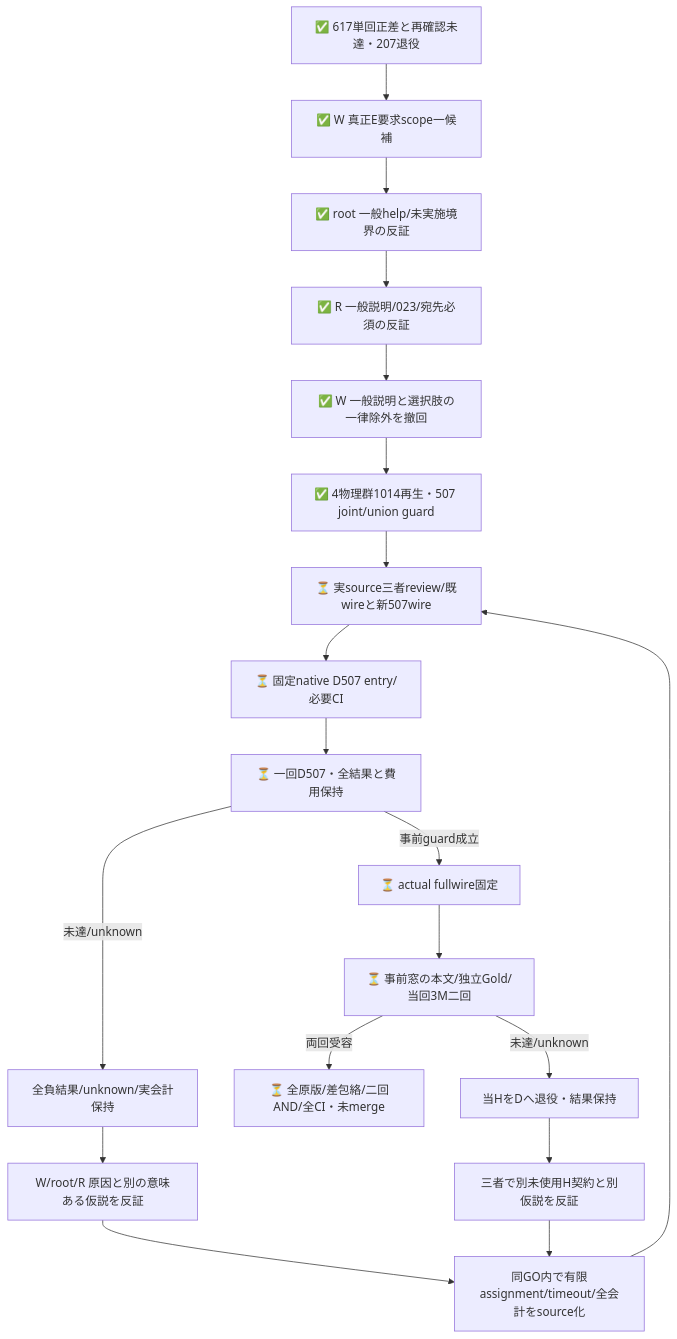
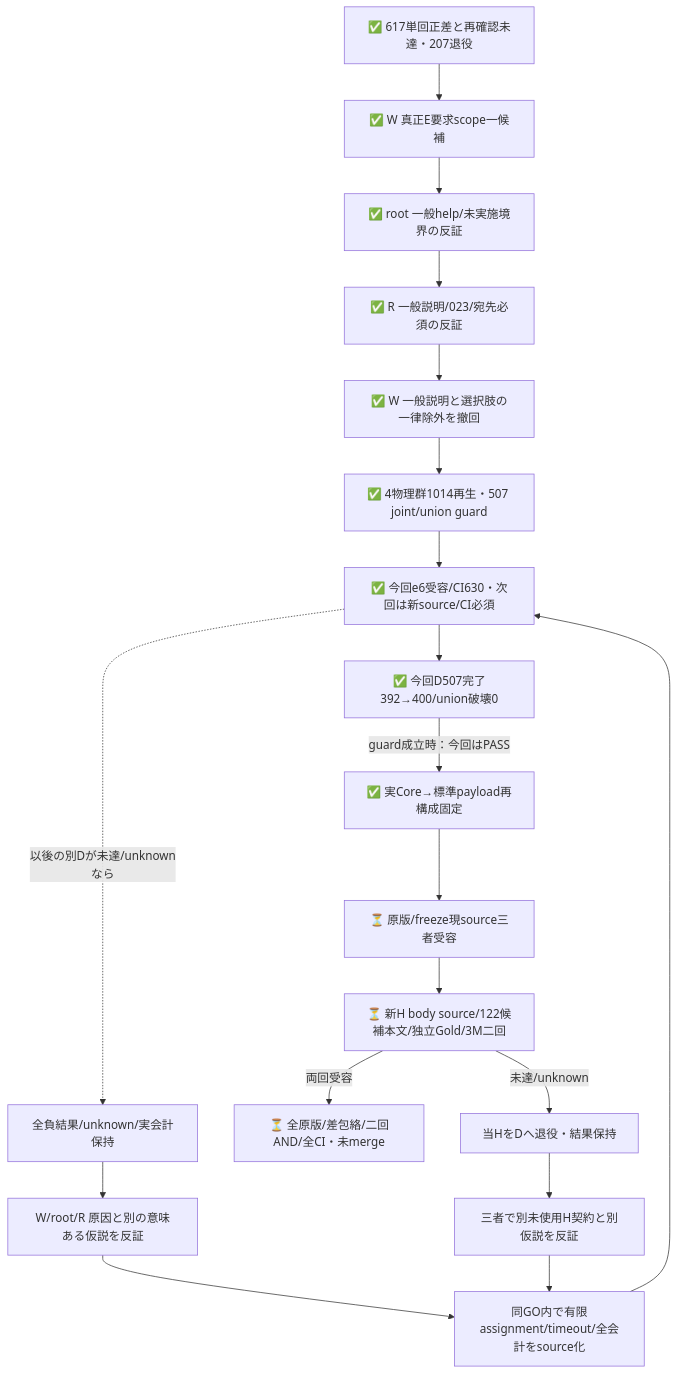
One commit to roccho-org/ops changed the diagram in experiments/sys1-eval-loop/expectation/README.md. Above: the diagram before and after it, drawn with Mermaid. The commit also changed other lines of this file and 16 other files, not shown here.

````diff
--- a/experiments/sys1-eval-loop/expectation/README.md
+++ b/experiments/sys1-eval-loop/expectation/README.md
@@ -21,21 +27,21 @@
 ```mermaid
 flowchart TB
   OLD[✅ 617単回正差と再確認未達・207退役] --> CLAIM[✅ W 真正E要求scope一候補]
   CLAIM --> ROOT[✅ root 一般help/未実施境界の反証]
   ROOT --> R[✅ R 一般説明/023/宛先必須の反証]
   R --> REVISE[✅ W 一般説明と選択肢の一律除外を撤回]
   REVISE --> PURE[✅ 4物理群1014再生・507 joint/union guard]
-  PURE --> REVIEW[⏳ 実source三者review/既wireと新507wire]
-  REVIEW --> ENTRY[⏳ 固定native D507 entry/必要CI]
-  ENTRY --> D[⏳ 一回D507・全結果と費用保持]
-  D -->|未達/unknown| KEEP[全負結果/unknown/実会計保持]
+  PURE --> ENTRY[✅ 今回e6受容/CI630・次回は新source/CI必須]
+  ENTRY --> D[✅ 今回D507完了392→400/union破壊0]
+  D -->|guard成立時：今回はPASS| FREEZE[✅ 実Core→標準payload再構成固定]
+  FREEZE --> REVIEW[⏳ 原版/freeze現source三者受容]
+  REVIEW --> H[⏳ 新H body source/122候補本文/独立Gold/3M二回]
+  ENTRY -. 以後の別Dが未達/unknownなら .-> KEEP[全負結果/unknown/実会計保持]
   KEEP --> COUNTER[W/root/R 原因と別の意味ある仮説を反証]
   COUNTER --> CONTRACT[同GO内で有限assignment/timeout/全会計をsource化]
-  CONTRACT --> REVIEW
-  D -->|事前guard成立| FREEZE[⏳ actual fullwire固定]
-  FREEZE --> H[⏳ 事前窓の本文/独立Gold/当回3M二回]
+  CONTRACT --> ENTRY
   H -->|両回受容| END[⏳ 全原版/差包絡/二回AND/全CI・未merge]
   H -->|未達/unknown| RETIRE[当HをDへ退役・結果保持]
   RETIRE --> NEW[三者で別未使用H契約と別仮説を反証]
   NEW --> CONTRACT
 ```
````
